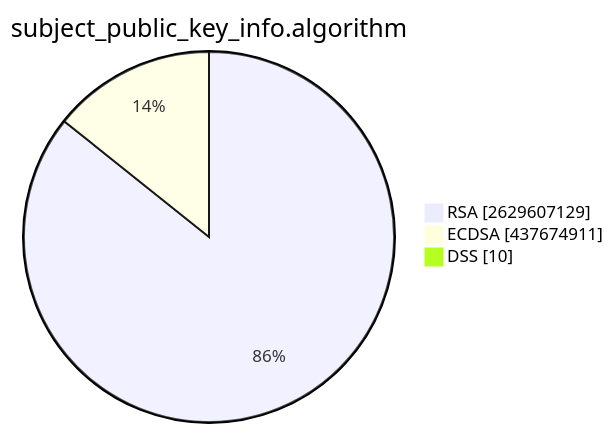
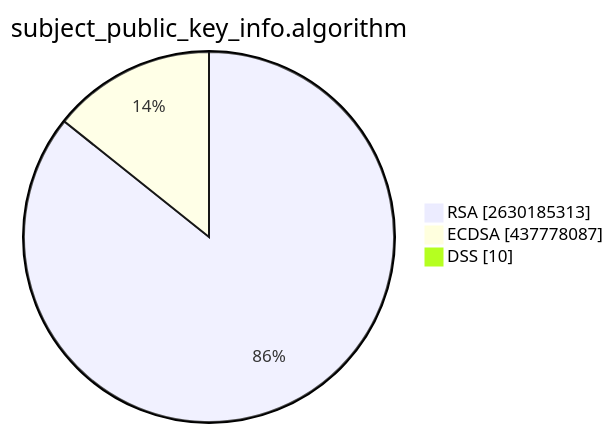
One commit to christiankrug/ctmonitor_visualization changed the second of 15 diagrams in TOTAL/README.md. Above: the diagram before and after it, drawn with Mermaid. The commit also changed other lines of this file, not shown here.

````diff
--- a/TOTAL/README.md
+++ b/TOTAL/README.md
@@ -6,7 +6,7 @@
 ```mermaid
 pie showData
 title subject_public_key_info.algorithm
-"RSA" :2629607129
-"ECDSA" :437674911
+"RSA" :2630185313
+"ECDSA" :437778087
 "DSS" :10
 ```
````
